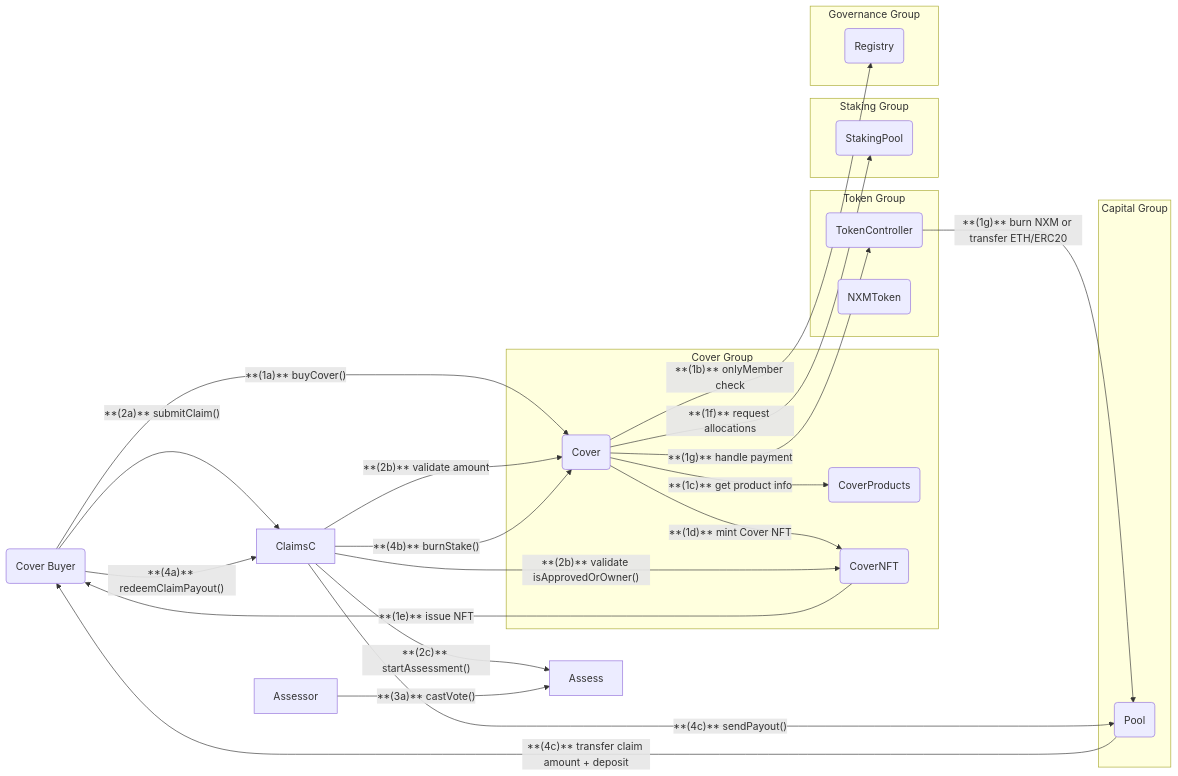
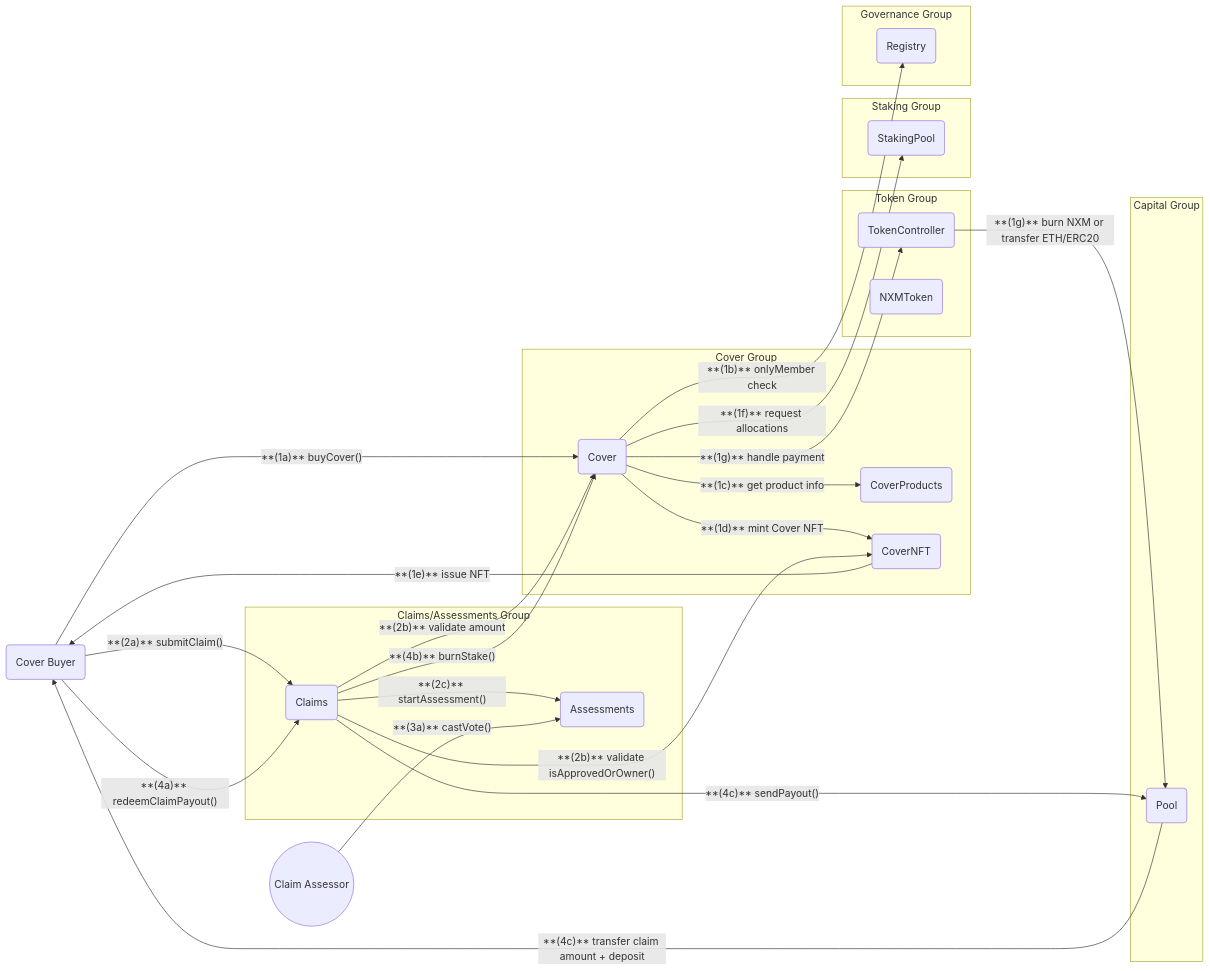
One commit to NexusMutual/docs changed the first of 2 diagrams in docs/developers/Diagrams/Diagrams.md. Above: the diagram before and after it, drawn with Mermaid. The commit also changed 20 other files, not shown here.

````diff
--- a/docs/developers/Diagrams/Diagrams.md
+++ b/docs/developers/Diagrams/Diagrams.md
@@ -27,52 +27,58 @@
 ```mermaid
 flowchart LR
     %% Actors & Contracts
     Buyer("Cover Buyer")
     subgraph "Cover Group"
       CoverC("Cover")
       CoverP("CoverProducts")
       CoverN("CoverNFT")
     end
 
     subgraph "Token Group"
       TC("TokenController")
       NXM("NXMToken")
     end
 
     subgraph "Capital Group"
       PoolC("Pool")
     end
 
     subgraph "Staking Group"
       SP("StakingPool")
     end
 
     subgraph "Governance Group"
-      MR("Registry")
+      Registry("Registry")
+    end
+
+    Assessor(("Claim Assessor"))
+    subgraph "Claims/Assessments Group"
+      ClaimsC("Claims")
+      Assess("Assessments")
     end
 
     %% 1. Buy Cover (single tx)
     Buyer -->|"**(1a)** buyCover()"| CoverC
-    CoverC -->|"**(1b)** onlyMember check"| MR
+    CoverC -->|"**(1b)** onlyMember check"| Registry
     CoverC -->|"**(1c)** get product info"| CoverP
     CoverC -->|"**(1d)** mint Cover NFT"| CoverN
     CoverN -->|"**(1e)** issue NFT"| Buyer
     CoverC -->|"**(1f)** request allocations"| SP
     CoverC -->|"**(1g)** handle payment"| TC
     TC -->|"**(1g)** burn NXM or transfer ETH/ERC20"| PoolC
 
     %% 2. Submit Claim (single tx)
     Buyer -->|"**(2a)** submitClaim()"| ClaimsC
     ClaimsC -->|"**(2b)** validate isApprovedOrOwner()"| CoverN
     ClaimsC -->|"**(2b)** validate amount"| CoverC
     ClaimsC -->|"**(2c)** startAssessment()"| Assess
 
     %% 3. Assessment Process (multiple tx)
     Assessor -->|"**(3a)** castVote()"| Assess
 
     %% 4. Claim Payout (single tx)
     Buyer -->|"**(4a)** redeemClaimPayout()"| ClaimsC
     ClaimsC -->|"**(4b)** burnStake()"| CoverC
     ClaimsC -->|"**(4c)** sendPayout()"| PoolC
     PoolC -->|"**(4c)** transfer claim amount + deposit"| Buyer
 ```
````
